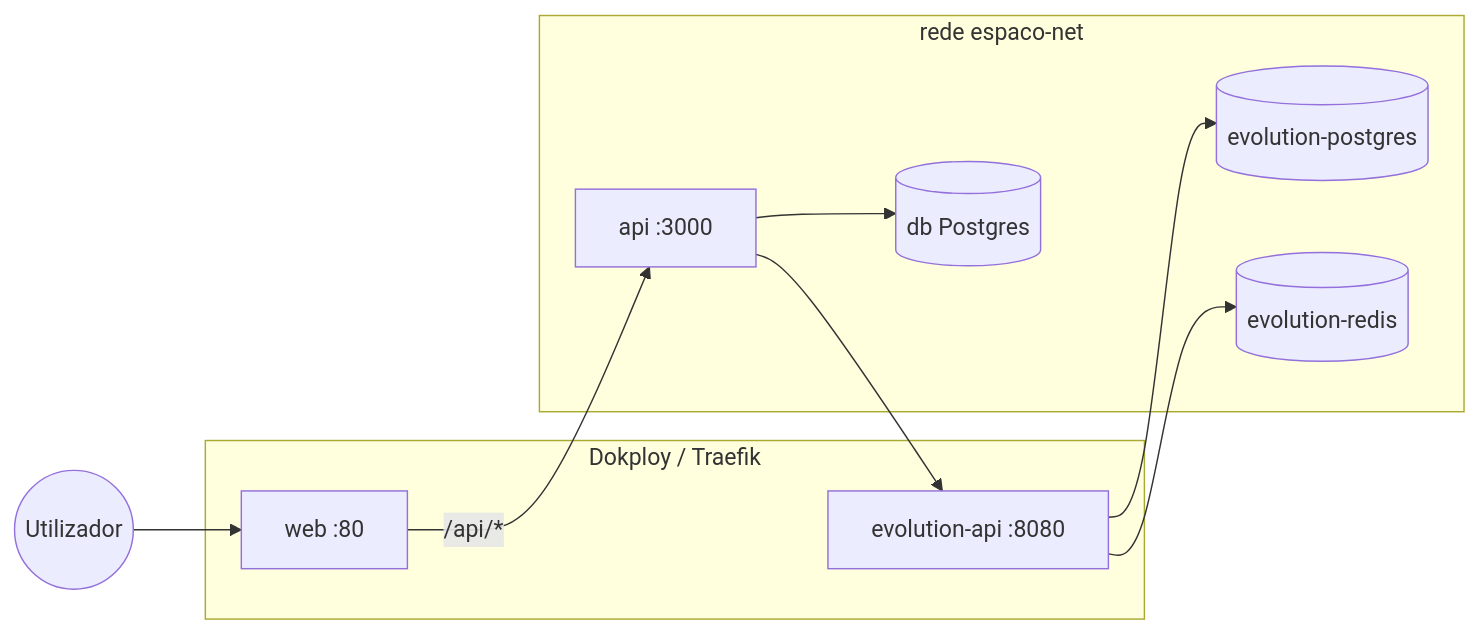
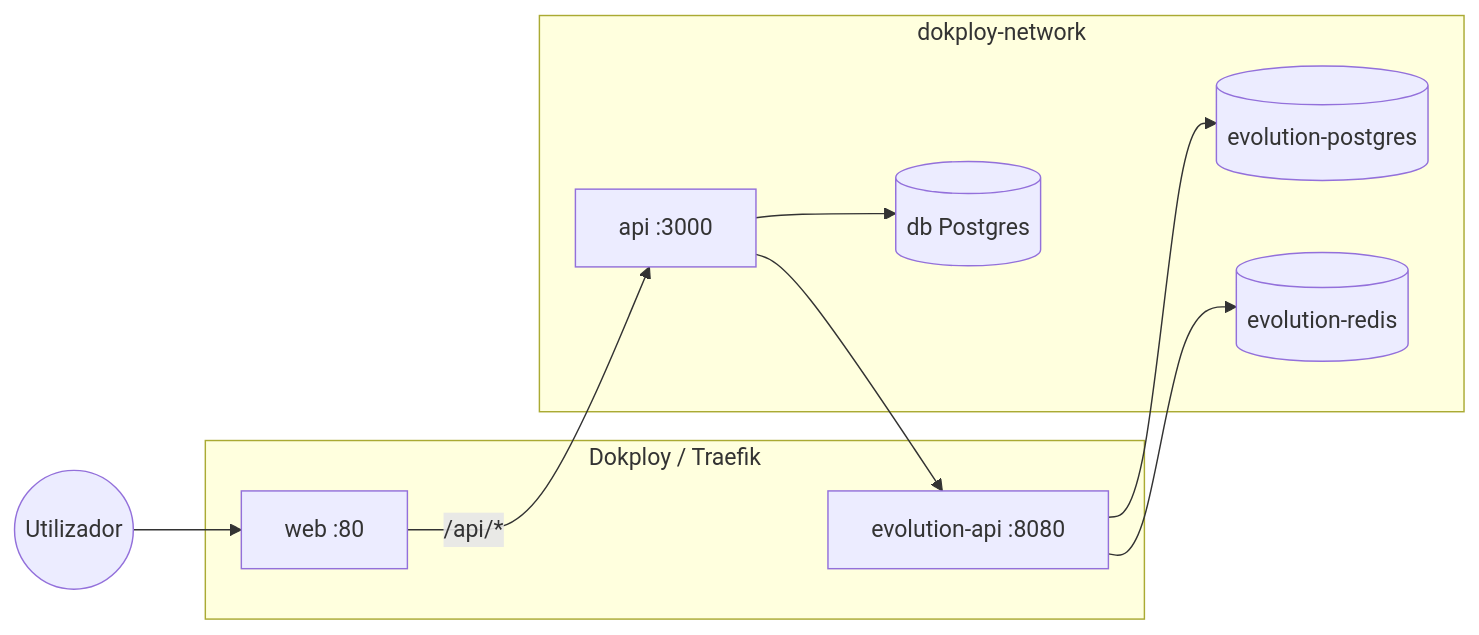
Before and after one commit to beAndrade/ERP-EspacoLounge: the diagram in docs/DOKPLOY.md, drawn with Mermaid. The commit also changed other lines of this file and 3 other files, not shown here.

````diff
--- a/docs/DOKPLOY.md
+++ b/docs/DOKPLOY.md
@@ -9,19 +9,19 @@
 ```mermaid
 flowchart LR
   subgraph dokploy [Dokploy / Traefik]
     WEB[web :80]
     EVO[evolution-api :8080]
   end
-  subgraph interno [rede espaco-net]
+  subgraph interno [dokploy-network]
     API[api :3000]
     DB[(db Postgres)]
     EDB[(evolution-postgres)]
     REDIS[(evolution-redis)]
   end
   User((Utilizador)) --> WEB
   WEB -->|/api/*| API
   API --> DB
   API --> EVO
   EVO --> EDB
   EVO --> REDIS
 ```
````
